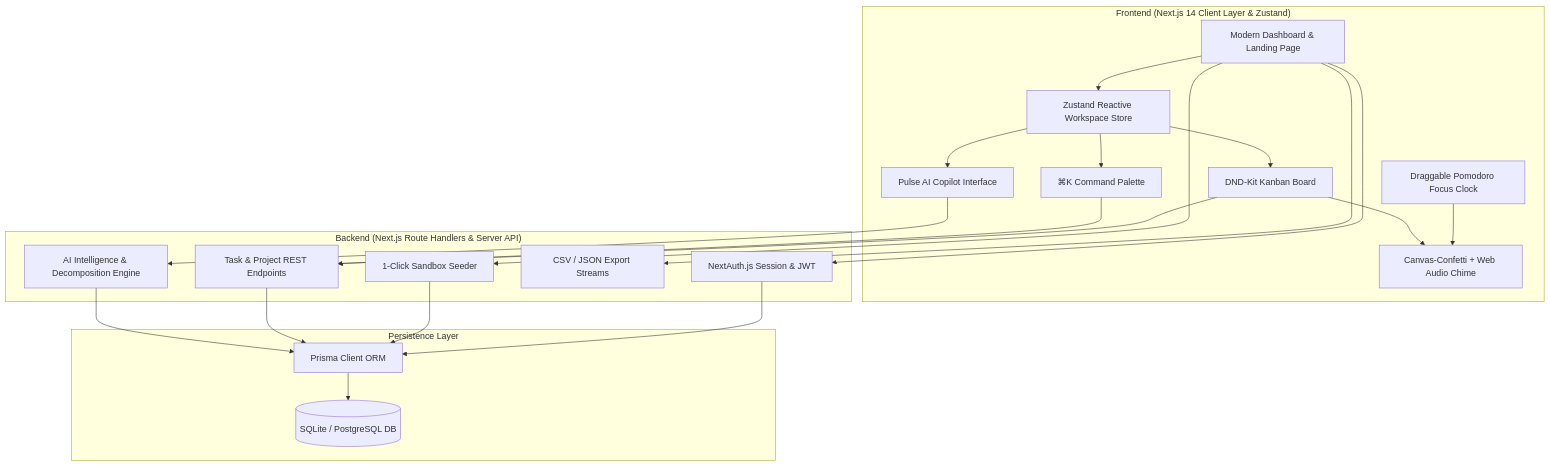
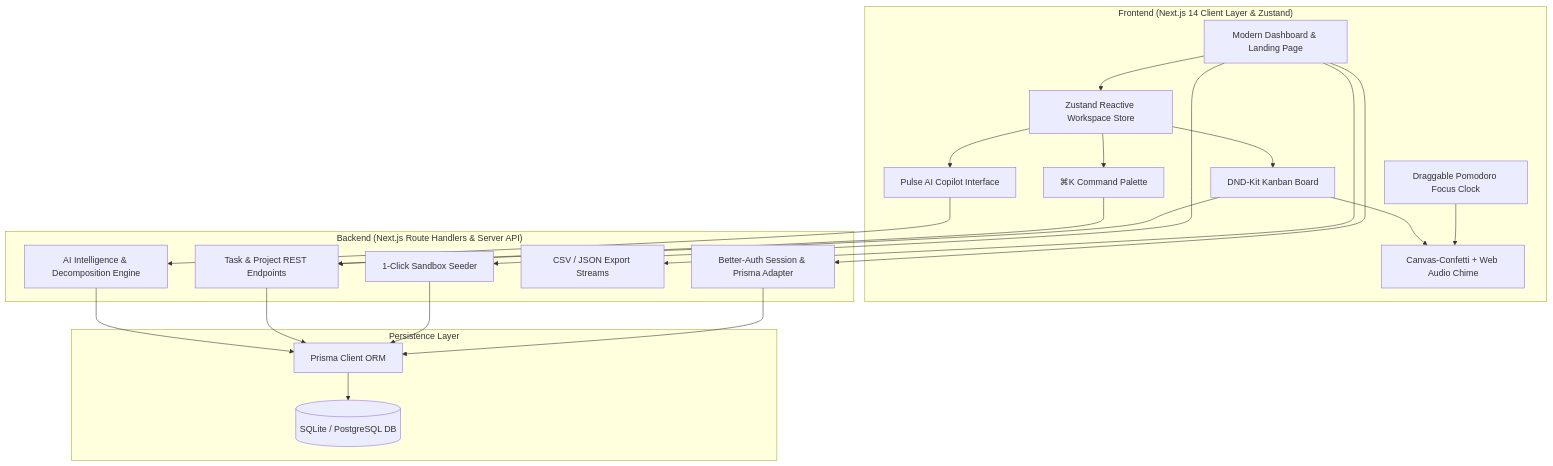
The first of 2 diagrams in README.md (Nirvik26/Pulse), drawn with Mermaid before and after one commit. The commit also changed other lines of this file and 21 other files, not shown here.

````diff
--- a/README.md
+++ b/README.md
@@ -92,44 +94,44 @@
 ```mermaid
 flowchart TD
     subgraph Client["Frontend (Next.js 14 Client Layer & Zustand)"]
         UI[Modern Dashboard & Landing Page]
         ZStore[Zustand Reactive Workspace Store]
         CP[⌘K Command Palette]
         Kanban[DND-Kit Kanban Board]
         Timer[Draggable Pomodoro Focus Clock]
         Chat[Pulse AI Copilot Interface]
         Celebration[Canvas-Confetti + Web Audio Chime]
     end
 
     subgraph Server["Backend (Next.js Route Handlers & Server API)"]
-        Auth[NextAuth.js Session & JWT]
+        Auth[Better-Auth Session & Prisma Adapter]
         AI_Route[AI Intelligence & Decomposition Engine]
         Task_Route[Task & Project REST Endpoints]
         Export_Route[CSV / JSON Export Streams]
         Demo_Route[1-Click Sandbox Seeder]
     end
 
     subgraph Data["Persistence Layer"]
         PrismaORM[Prisma Client ORM]
         DB[(SQLite / PostgreSQL DB)]
     end
 
     UI --> ZStore
     ZStore --> CP
     ZStore --> Kanban
     ZStore --> Chat
     Kanban --> Celebration
     Timer --> Celebration
     UI --> Auth
     CP --> Task_Route
     Kanban --> Task_Route
     Chat --> AI_Route
     UI --> Export_Route
     UI --> Demo_Route
 
     AI_Route --> PrismaORM
     Task_Route --> PrismaORM
     Demo_Route --> PrismaORM
     Auth --> PrismaORM
     PrismaORM --> DB
 ```
````
